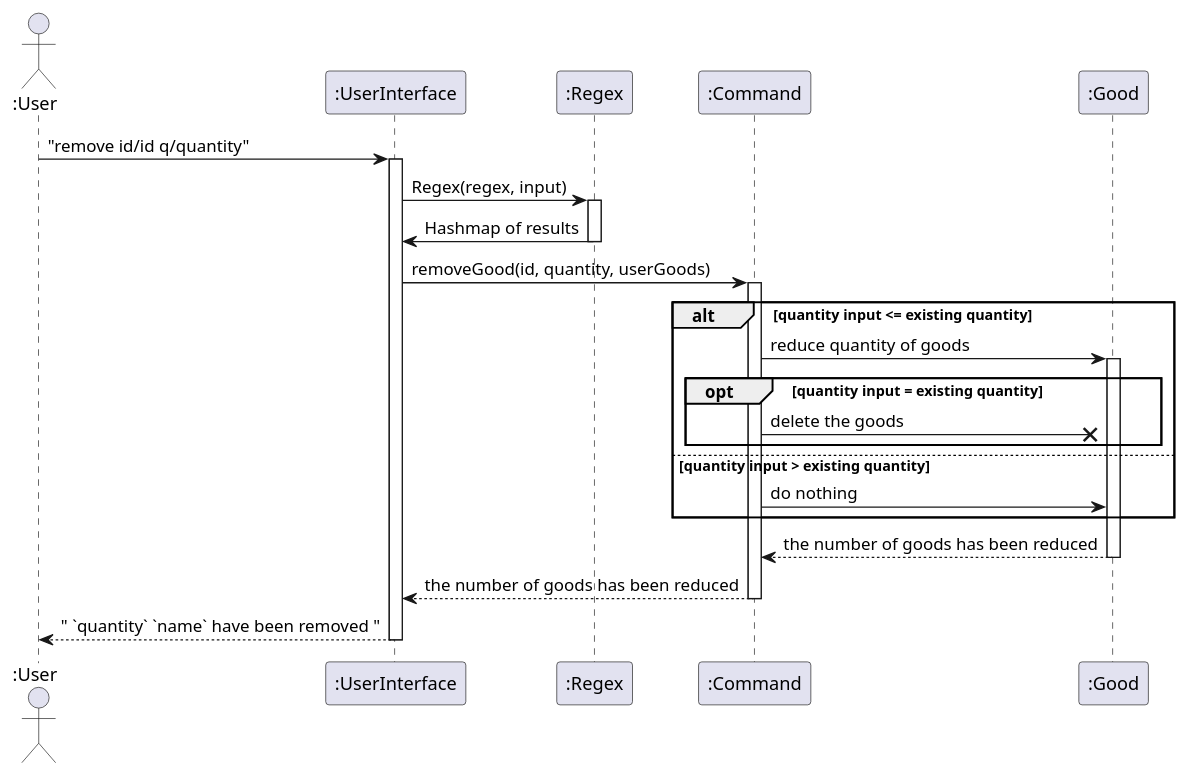
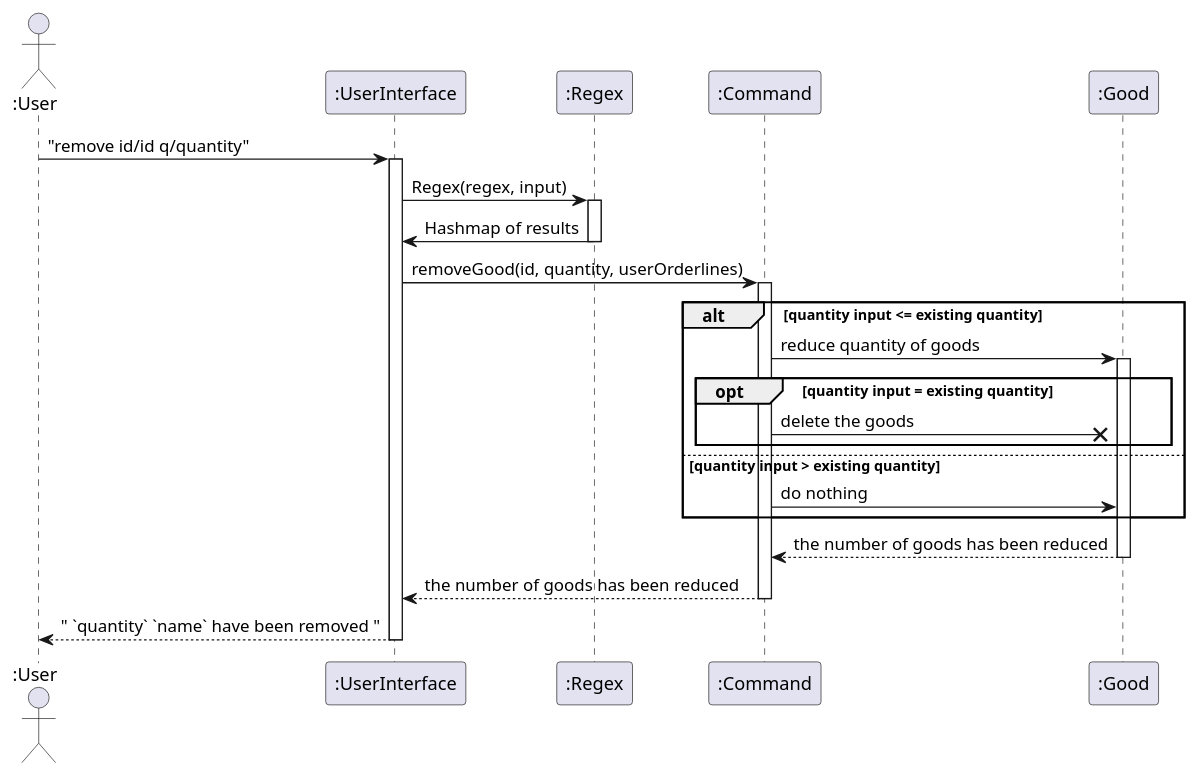
The diagram in docs/diagrams/removeGood.puml (nus-cs2113-AY2122S2/tp), drawn with PlantUML before and after one commit. The commit also changed 22 other files, not shown here.

```diff
--- a/docs/diagrams/removeGood.puml
+++ b/docs/diagrams/removeGood.puml
@@ -1,27 +1,27 @@
 @startuml
 'https://plantuml.com/sequence-diagram
 
 Actor ":User" as user
 participant ":UserInterface" as ui
 participant ":Regex" as regex
 participant ":Command" as command
-participant ":Good" as good
+participant ":Good" as orderline
 
 user -> ui ++ : "remove id/id q/quantity"
 
 ui -> regex  ++: Regex(regex, input)
 regex -> ui -- : Hashmap of results
 
-ui -> command ++ : removeGood(id, quantity, userGoods)
+ui -> command ++ : removeGood(id, quantity, userOrderlines)
 alt quantity input <= existing quantity
-    command -> good ++ : reduce quantity of goods
+    command -> orderline ++ : reduce quantity of goods
     opt quantity input = existing quantity
-        command ->x good : delete the goods
+        command ->x orderline : delete the goods
     end
 else quantity input > existing quantity
-    command -> good : do nothing
+    command -> orderline : do nothing
 end
-good --> command -- : the number of goods has been reduced
+orderline --> command -- : the number of goods has been reduced
 command --> ui -- : the number of goods has been reduced
 ui --> user --: " `quantity` `name` have been removed "
 @enduml
```
